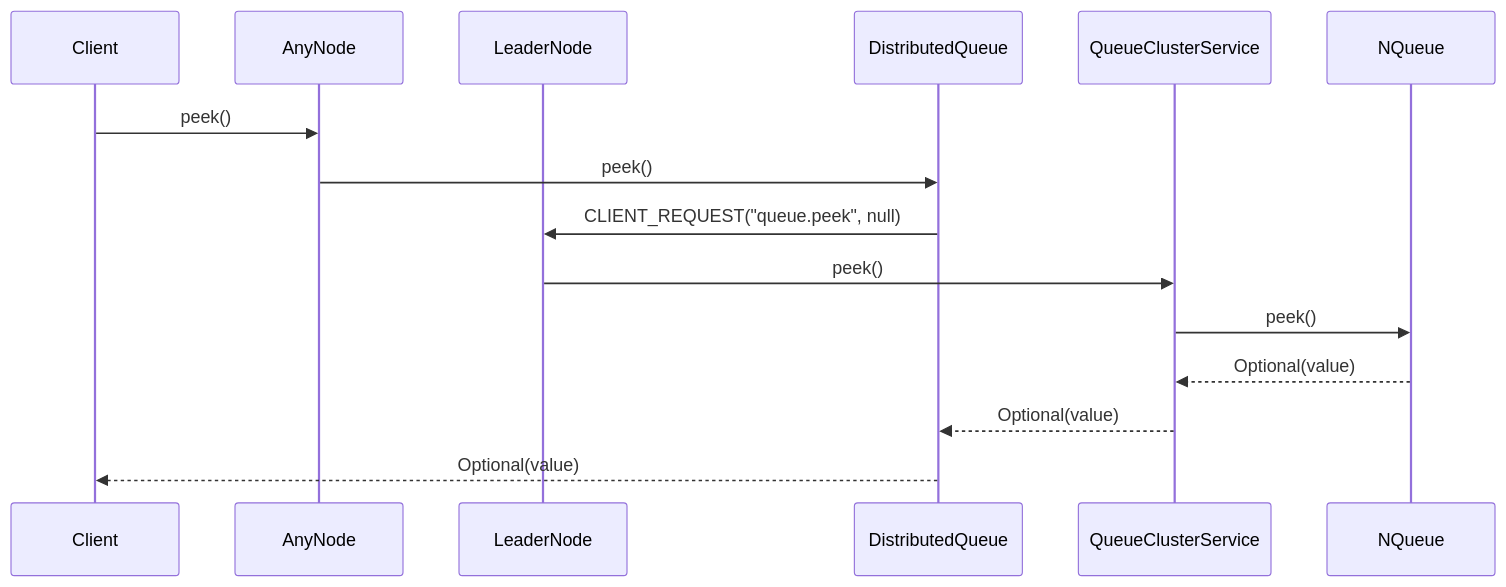
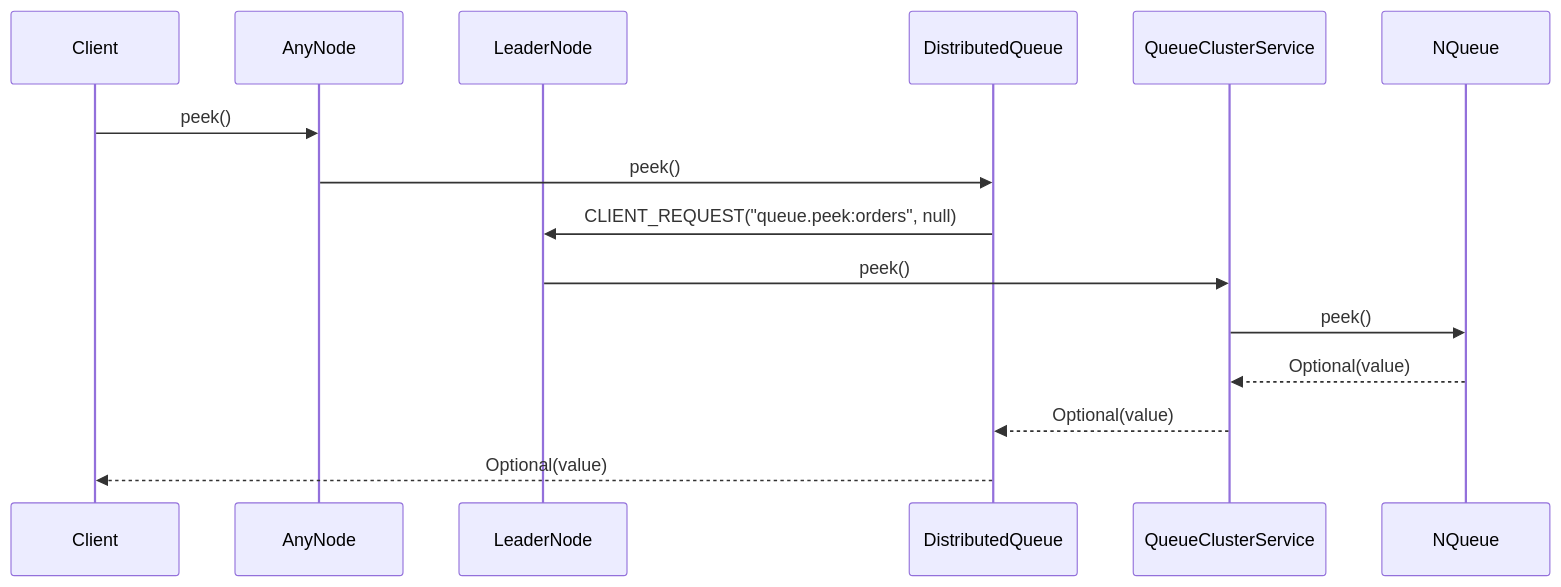
The third of 4 diagrams in doc/ngrid/nqueue-integration.md (nishisan-dev/nishi-utils), drawn with Mermaid before and after one commit. The commit also changed other lines of this file and 13 other files, not shown here.

````diff
--- a/doc/ngrid/nqueue-integration.md
+++ b/doc/ngrid/nqueue-integration.md
@@ -139,18 +136,18 @@
 ```mermaid
 sequenceDiagram
 participant Client as Client
 participant Any as AnyNode
 participant L as LeaderNode
 participant DQ as DistributedQueue
 participant QS as QueueClusterService
 participant NQ as NQueue
 
 Client->>Any: peek()
 Any->>DQ: peek()
-DQ->>L: CLIENT_REQUEST("queue.peek", null)
+DQ->>L: CLIENT_REQUEST("queue.peek:orders", null)
 L->>QS: peek()
 QS->>NQ: peek()
 NQ-->>QS: Optional(value)
 QS-->>DQ: Optional(value)
 DQ-->>Client: Optional(value)
 ```
````
